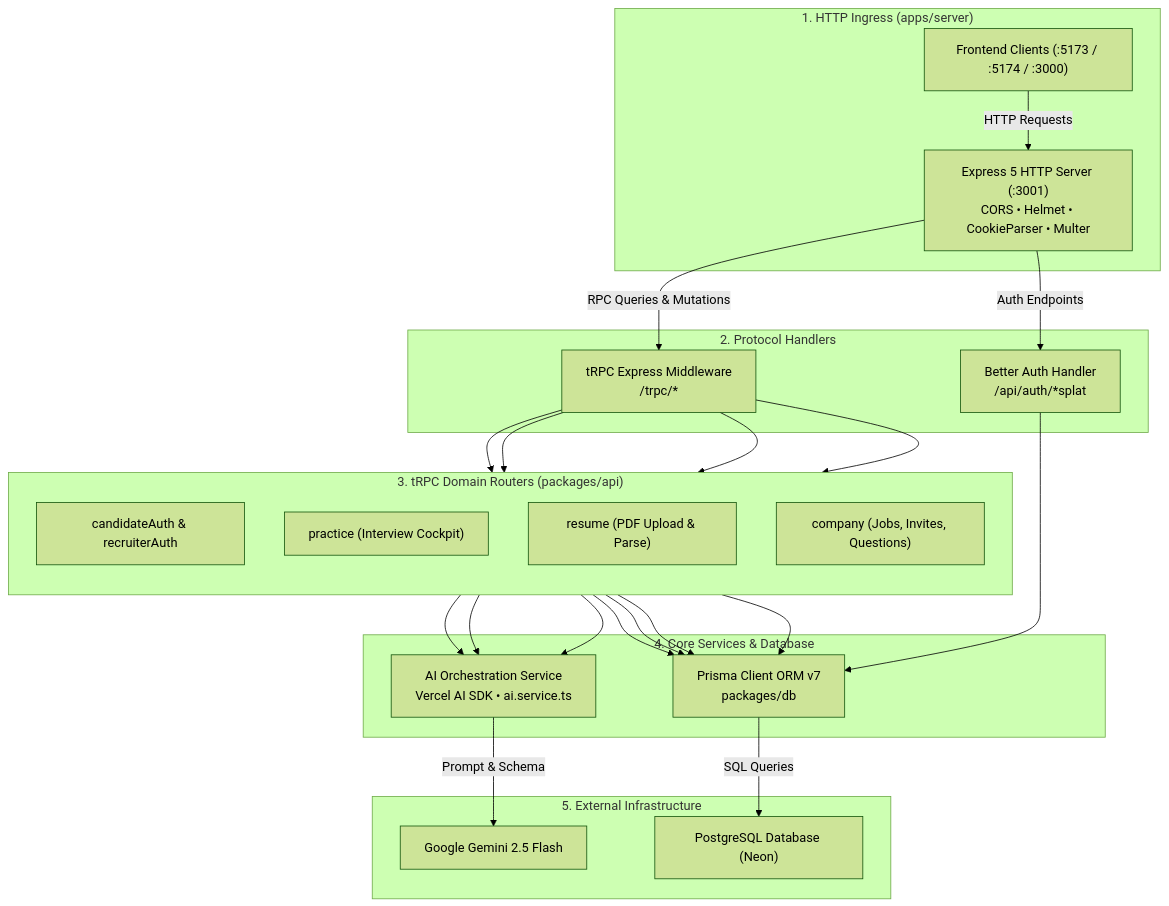
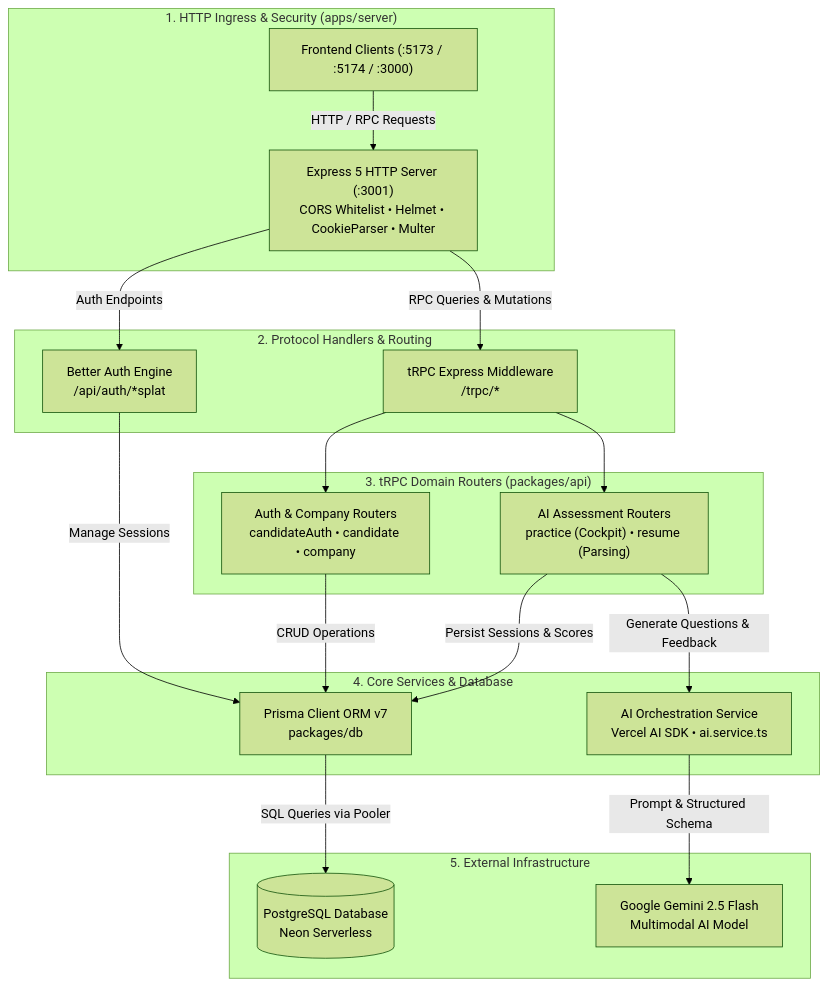
The diagram in docs/backend-architecture.md (Suyog241005/interview.ai), drawn with Mermaid (forest theme) before and after one commit. The commit also changed 1 other file, not shown here.

Commit message:
fix(docs): wire Shared Types in architecture diagram and streamline backend arrow flows

````diff
--- a/docs/backend-architecture.md
+++ b/docs/backend-architecture.md
@@ -11,47 +11,40 @@
 ```mermaid
 flowchart TD
-    subgraph S1["1. HTTP Ingress (apps/server)"]
+    subgraph S1["1. HTTP Ingress & Security (apps/server)"]
         CLIENTS["Frontend Clients (:5173 / :5174 / :3000)"]
-        EXPRESS["Express 5 HTTP Server (:3001)<br/>CORS • Helmet • CookieParser • Multer"]
-        CLIENTS -->|HTTP Requests| EXPRESS
+        EXPRESS["Express 5 HTTP Server (:3001)<br/>CORS Whitelist • Helmet • CookieParser • Multer"]
+        CLIENTS -->|HTTP / RPC Requests| EXPRESS
     end
 
-    subgraph S2["2. Protocol Handlers"]
-        AUTH_ROUTER["Better Auth Handler<br/>/api/auth/*splat"]
+    subgraph S2["2. Protocol Handlers & Routing"]
+        AUTH_ROUTER["Better Auth Engine<br/>/api/auth/*splat"]
         TRPC_ROUTER["tRPC Express Middleware<br/>/trpc/*"]
         EXPRESS -->|Auth Endpoints| AUTH_ROUTER
         EXPRESS -->|RPC Queries & Mutations| TRPC_ROUTER
     end
 
     subgraph S3["3. tRPC Domain Routers (packages/api)"]
-        direction TB
-        R_AUTH["candidateAuth & recruiterAuth"]
-        R_PRACTICE["practice (Interview Cockpit)"]
-        R_RESUME["resume (PDF Upload & Parse)"]
-        R_COMPANY["company (Jobs, Invites, Questions)"]
-        TRPC_ROUTER --> R_AUTH
-        TRPC_ROUTER --> R_PRACTICE
-        TRPC_ROUTER --> R_RESUME
-        TRPC_ROUTER --> R_COMPANY
+        DB_ROUTERS["Auth & Company Routers<br/>candidateAuth • candidate • company"]
+        AI_ROUTERS["AI Assessment Routers<br/>practice (Cockpit) • resume (Parsing)"]
+        TRPC_ROUTER --> DB_ROUTERS
+        TRPC_ROUTER --> AI_ROUTERS
     end
 
     subgraph S4["4. Core Services & Database"]
+        DB_SVC["Prisma Client ORM v7<br/>packages/db"]
         AI_SVC["AI Orchestration Service<br/>Vercel AI SDK • ai.service.ts"]
-        DB_SVC["Prisma Client ORM v7<br/>packages/db"]
-        AUTH_ROUTER --> DB_SVC
-        R_PRACTICE --> AI_SVC
-        R_RESUME --> AI_SVC
-        R_COMPANY --> AI_SVC
-        R_AUTH --> DB_SVC
-        R_PRACTICE --> DB_SVC
-        R_RESUME --> DB_SVC
-        R_COMPANY --> DB_SVC
+
+        AUTH_ROUTER -->|Manage Sessions| DB_SVC
+        DB_ROUTERS -->|CRUD Operations| DB_SVC
+        AI_ROUTERS -->|Generate Questions & Feedback| AI_SVC
+        AI_ROUTERS -->|Persist Sessions & Scores| DB_SVC
     end
 
     subgraph S5["5. External Infrastructure"]
-        GEMINI["Google Gemini 2.5 Flash"]
-        POSTGRES["PostgreSQL Database (Neon)"]
-        AI_SVC -->|Prompt & Schema| GEMINI
-        DB_SVC -->|SQL Queries| POSTGRES
+        POSTGRES[("PostgreSQL Database<br/>Neon Serverless")]
+        GEMINI["Google Gemini 2.5 Flash<br/>Multimodal AI Model"]
+
+        DB_SVC -->|SQL Queries via Pooler| POSTGRES
+        AI_SVC -->|Prompt & Structured Schema| GEMINI
     end
 ```
````
